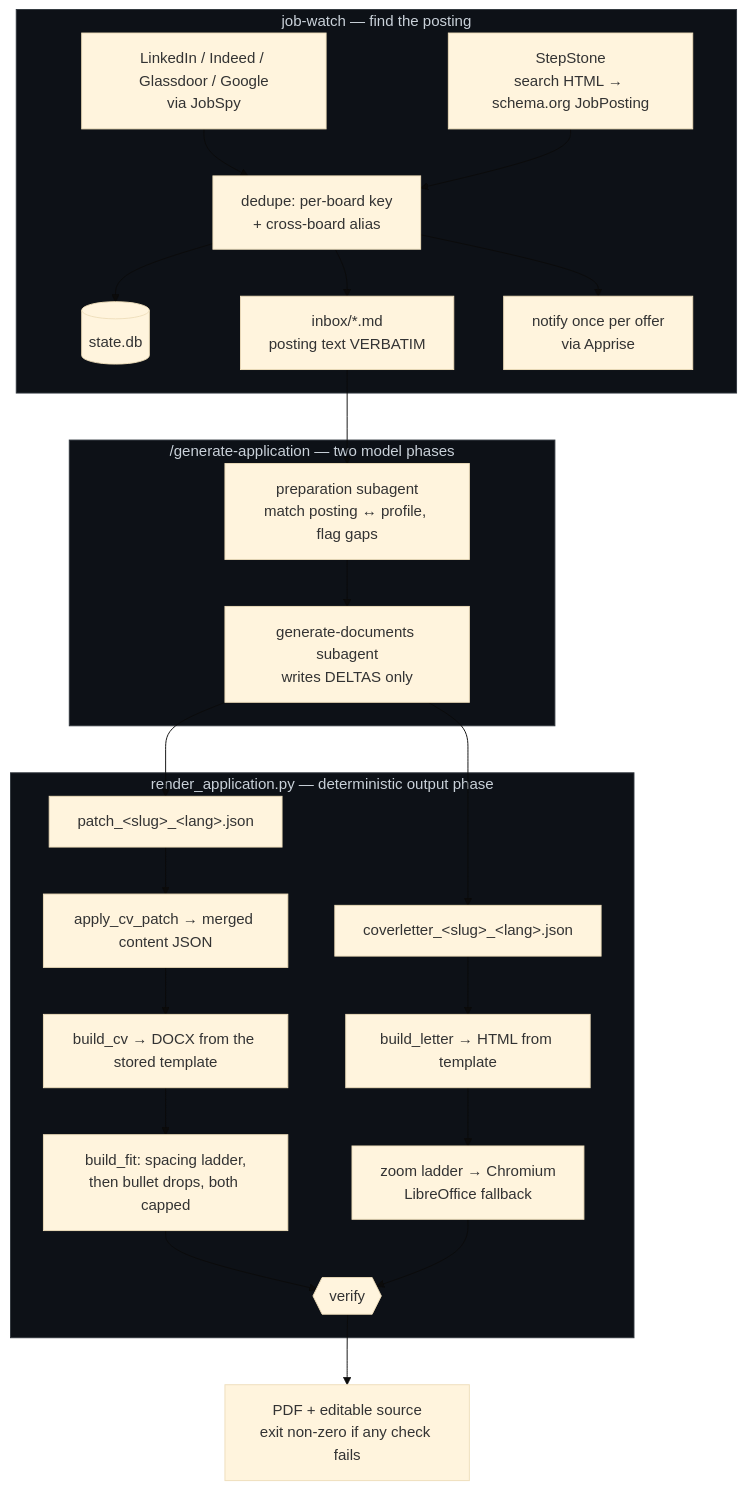
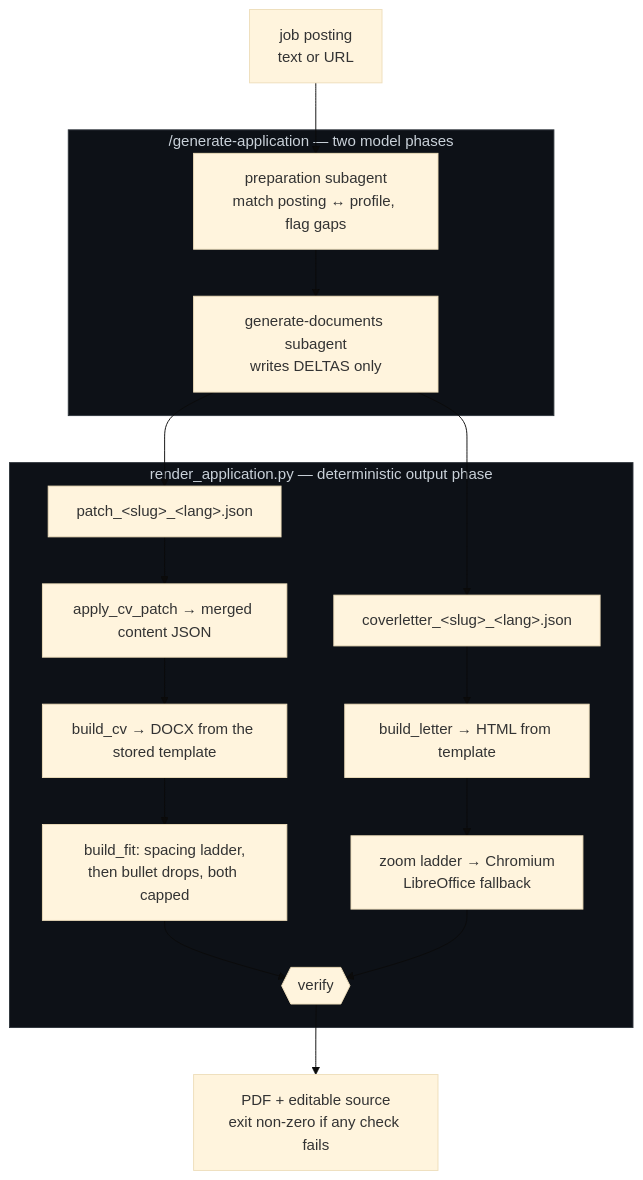
The diagram in README.md (Jackylyn1/applications), drawn with Mermaid (base theme) before and after one commit. The commit also changed other lines of this file and 4 other files, not shown here.

````diff
--- a/README.md
+++ b/README.md
@@ -36,35 +40,26 @@
 ```mermaid
 flowchart TD
-    subgraph discover["job-watch — find the posting"]
-        A[LinkedIn / Indeed / Glassdoor / Google<br/>via JobSpy] --> C[dedupe: per-board key<br/>+ cross-board alias]
-        B[StepStone<br/>search HTML → schema.org JobPosting] --> C
-        C --> D[(state.db)]
-        C --> E[inbox/*.md<br/>posting text VERBATIM]
-        C --> F[notify once per offer<br/>via Apprise]
-    end
-
-    E --> G
+    E[job posting<br/>text or URL] --> G
 
     subgraph generate["/generate-application — two model phases"]
         G[preparation subagent<br/>match posting ↔ profile, flag gaps] --> H[generate-documents subagent<br/>writes DELTAS only]
     end
 
     H --> I[patch_&lt;slug&gt;_&lt;lang&gt;.json]
     H --> J[coverletter_&lt;slug&gt;_&lt;lang&gt;.json]
 
     subgraph render["render_application.py — deterministic output phase"]
         I --> K[apply_cv_patch → merged content JSON]
         K --> L[build_cv → DOCX from the stored template]
         L --> M[build_fit: spacing ladder,<br/>then bullet drops, both capped]
         J --> N[build_letter → HTML from template]
         N --> O[zoom ladder → Chromium<br/>LibreOffice fallback]
         M --> P{{verify}}
         O --> P
     end
 
     P --> Q[PDF + editable source<br/>exit non-zero if any check fails]
 
-    style discover fill:#0d1117,stroke:#30363d,color:#c9d1d9
     style generate fill:#0d1117,stroke:#30363d,color:#c9d1d9
     style render fill:#0d1117,stroke:#30363d,color:#c9d1d9
 ```
````
